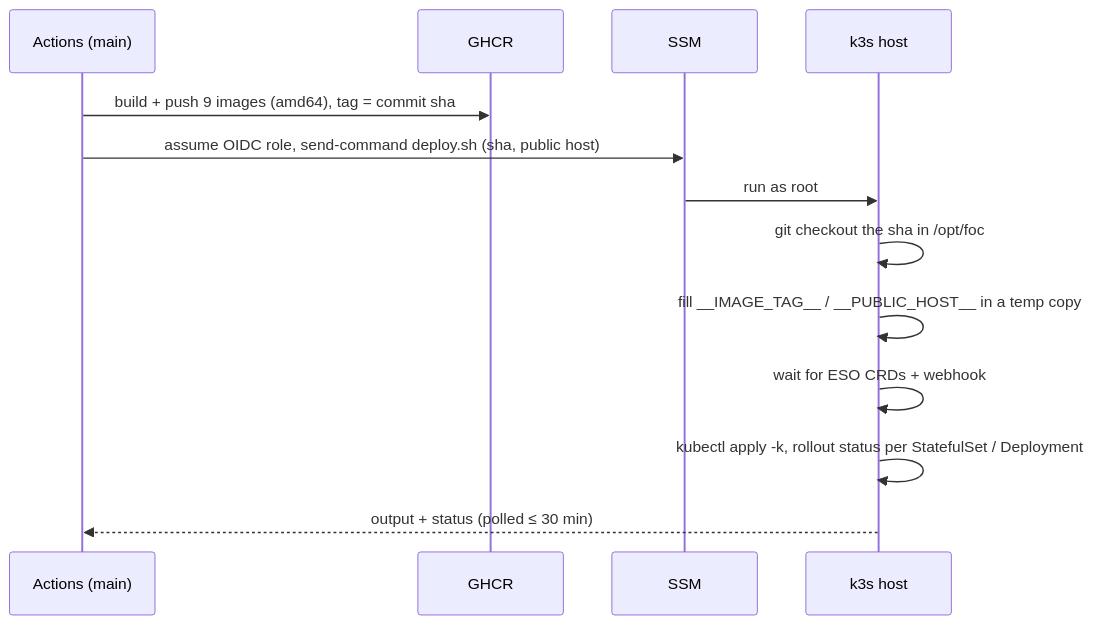
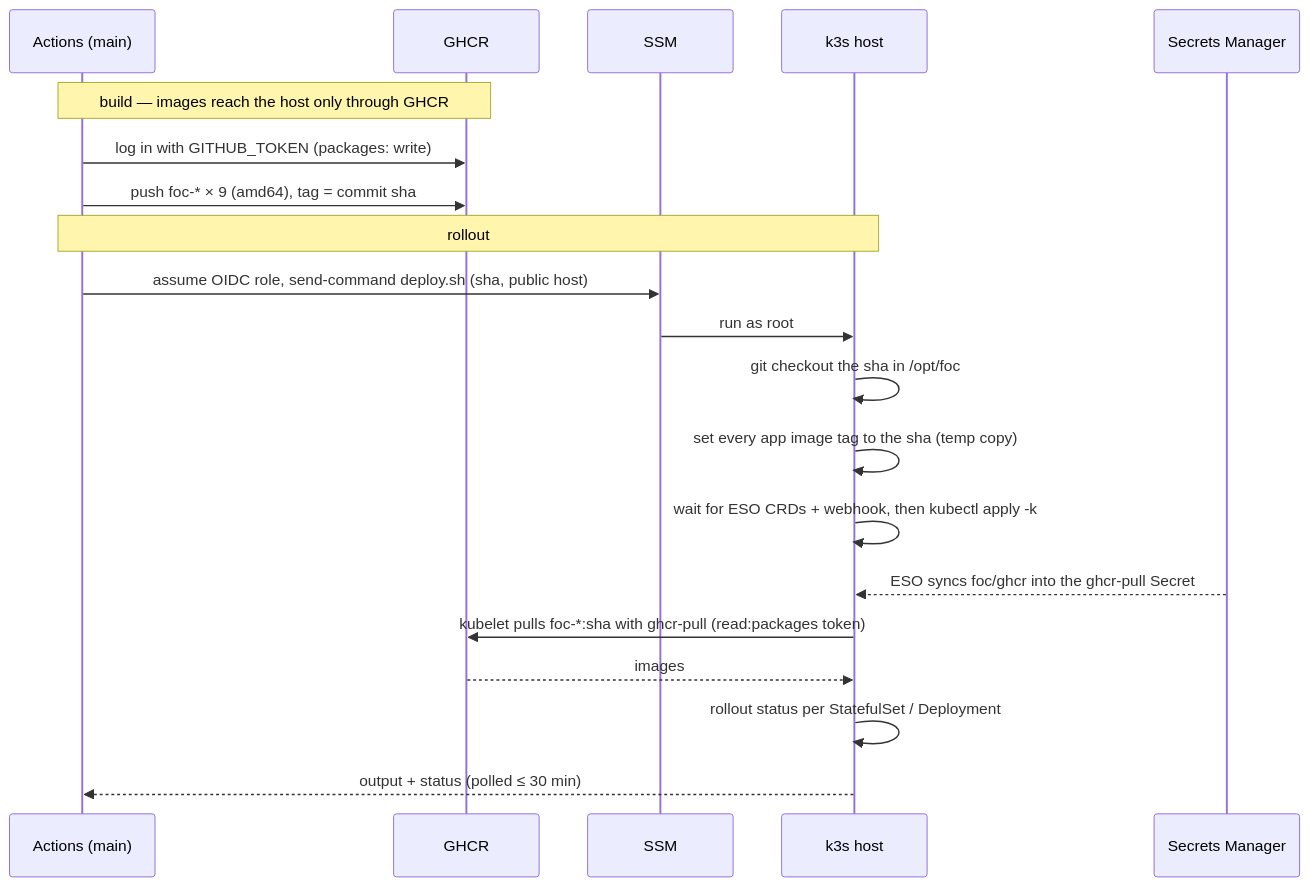
Before and after one commit to AY2627S1-CS3219-P23/foc: the second of 3 diagrams in infra/README.md, drawn with Mermaid. The commit also changed other lines of this file, not shown here.

Commit message:
docs: show GHCR push and pull in the deploy sequence (#48)
The diagram showed only the push. It now shows Actions logging in with
GITHUB_TOKEN, ESO syncing foc/ghcr into ghcr-pull, and the kubelet
pulling the sha-tagged images with it; a note names GHCR's two
credentials and that the data images come from Docker Hub.

````diff
--- a/infra/README.md
+++ b/infra/README.md
@@ -107,15 +107,22 @@
 ```mermaid
 sequenceDiagram
   participant A as Actions (main)
   participant G as GHCR
   participant S as SSM
   participant H as k3s host
-  A->>G: build + push 9 images (amd64), tag = commit sha
+  participant M as Secrets Manager
+  Note over A,G: build — images reach the host only through GHCR
+  A->>G: log in with GITHUB_TOKEN (packages: write)
+  A->>G: push foc-* × 9 (amd64), tag = commit sha
+  Note over A,H: rollout
   A->>S: assume OIDC role, send-command deploy.sh (sha, public host)
   S->>H: run as root
   H->>H: git checkout the sha in /opt/foc
-  H->>H: fill __IMAGE_TAG__ / __PUBLIC_HOST__ in a temp copy
-  H->>H: wait for ESO CRDs + webhook
-  H->>H: kubectl apply -k, rollout status per StatefulSet / Deployment
+  H->>H: set every app image tag to the sha (temp copy)
+  H->>H: wait for ESO CRDs + webhook, then kubectl apply -k
+  M-->>H: ESO syncs foc/ghcr into the ghcr-pull Secret
+  H->>G: kubelet pulls foc-*:sha with ghcr-pull (read:packages token)
+  G-->>H: images
+  H->>H: rollout status per StatefulSet / Deployment
   H-->>A: output + status (polled ≤ 30 min)
 ```
````
